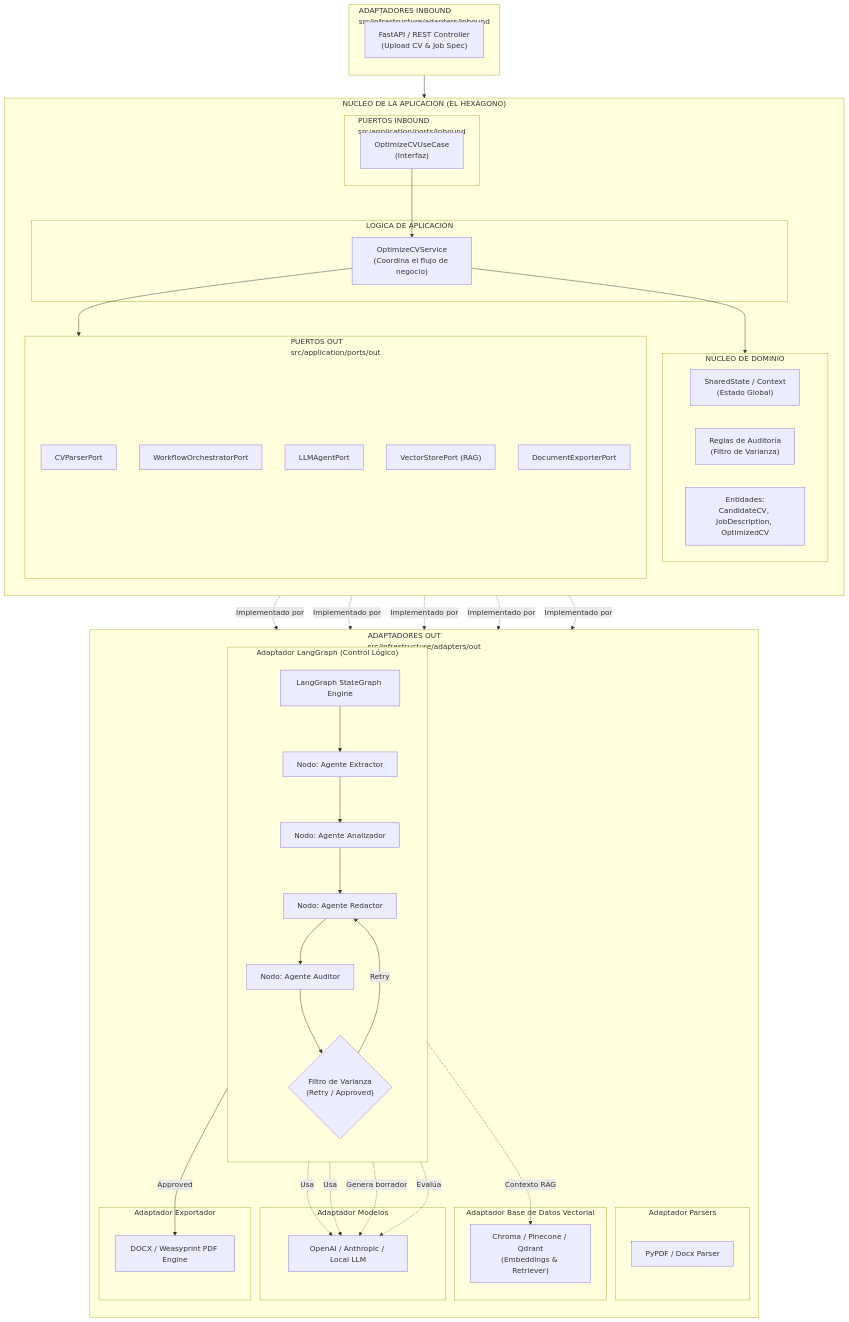
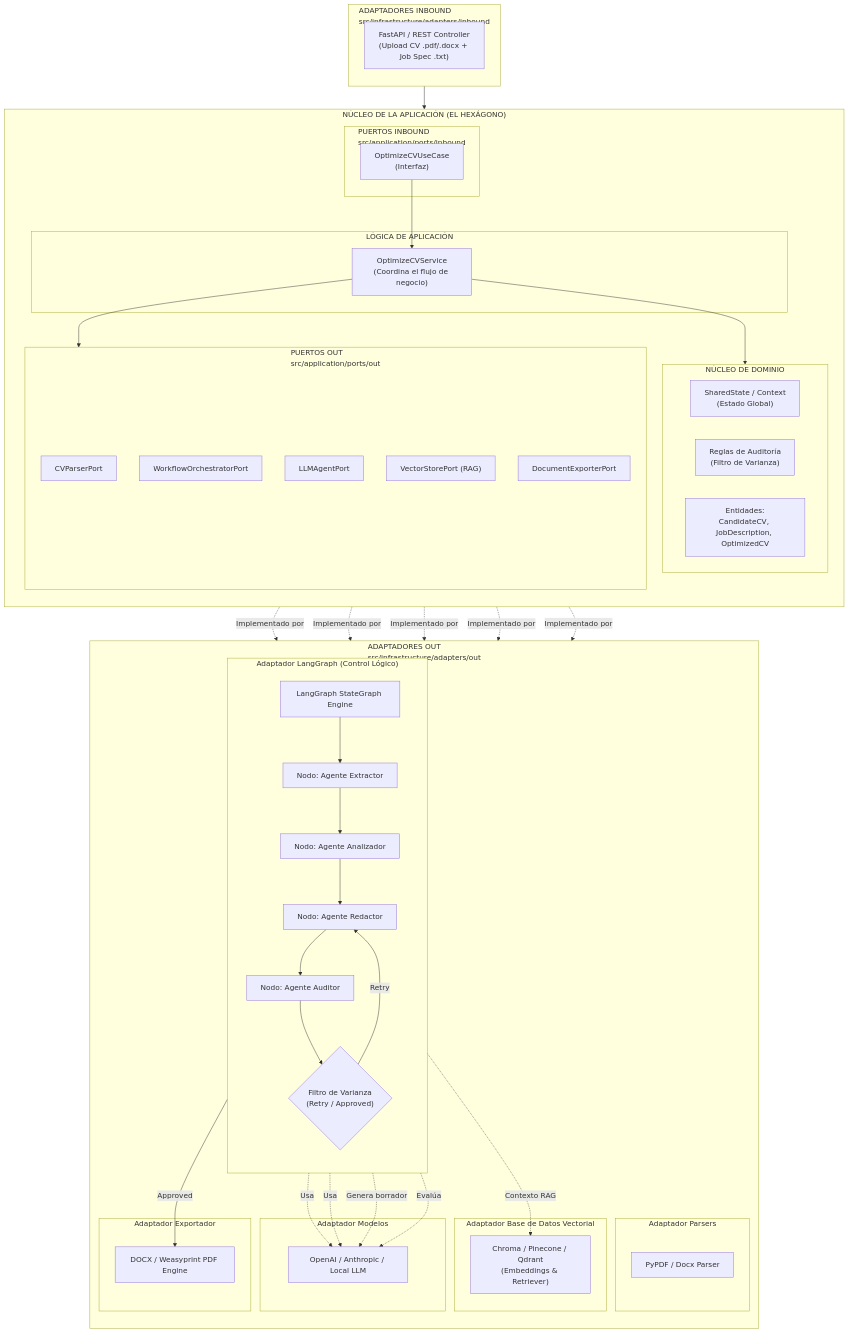
The diagram in arquitectura-tecnica-mermaid.md (papopapota/cv-aligner-ai-backend), drawn with Mermaid before and after one commit. The commit also changed 20 other files, not shown here.

```diff
--- a/arquitectura-tecnica-mermaid.md
+++ b/arquitectura-tecnica-mermaid.md
@@ -5,7 +5,7 @@
     %% ==========================================
     subgraph InboundAdapters["ADAPTADORES INBOUND<br/>src/infrastructure/adapters/inbound"]
         direction TB
-        API["FastAPI / REST Controller<br/>(Upload CV & Job Spec)"]
+        API["FastAPI / REST Controller<br/>(Upload CV .pdf/.docx + Job Spec .txt)"]
     end
 
     %% ==========================================
```
